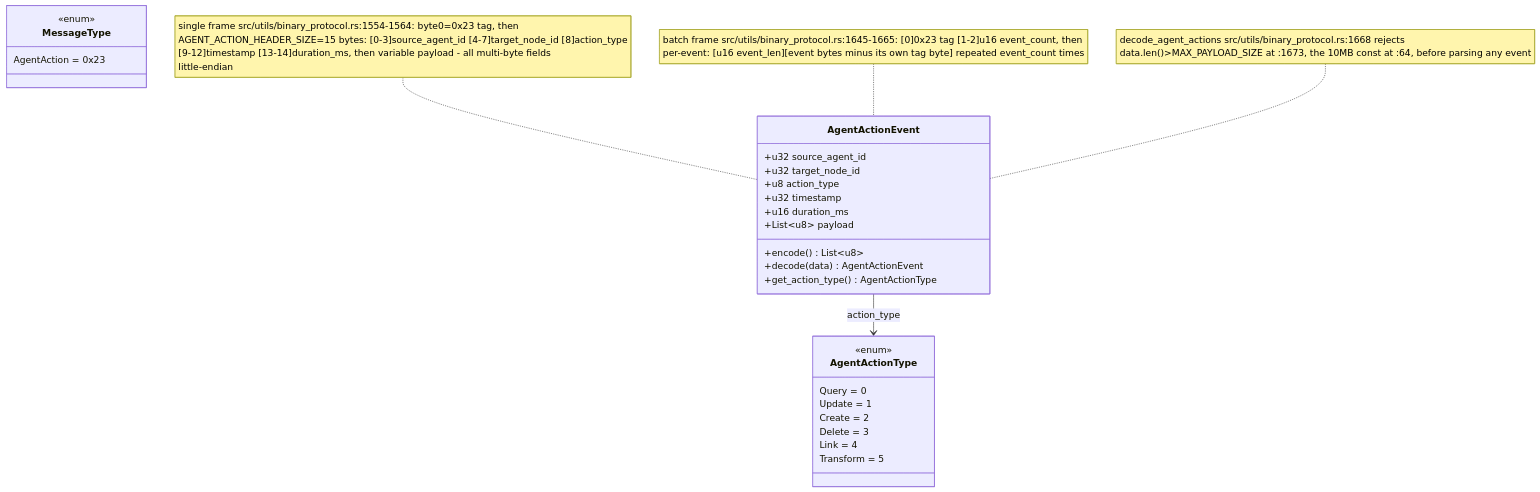
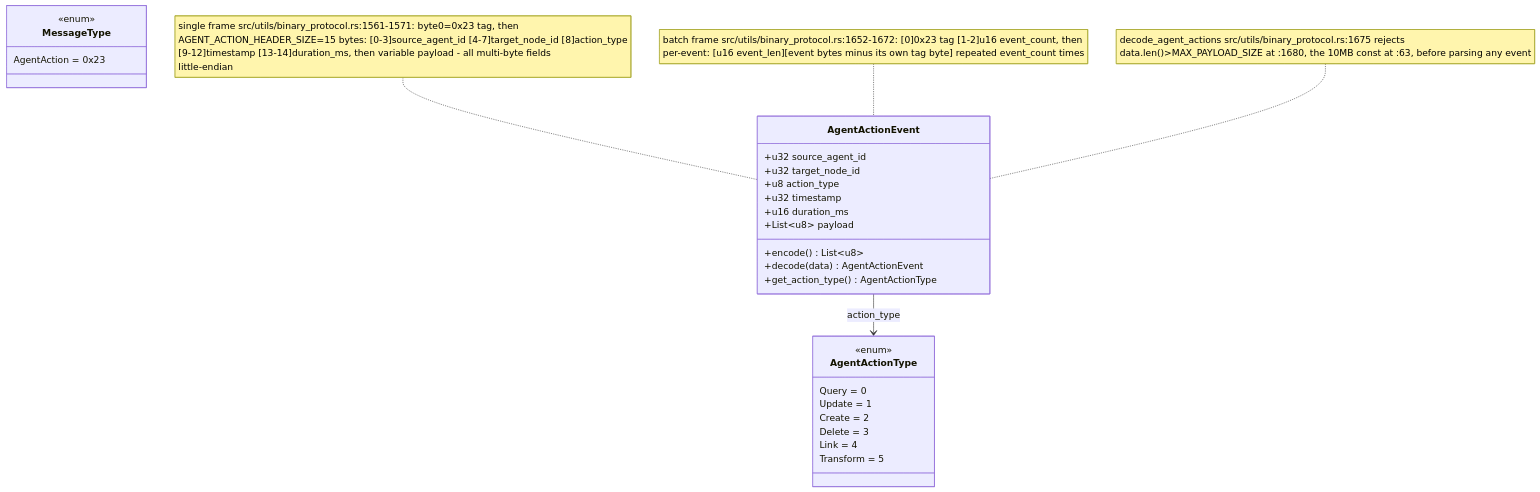
One commit to DreamLab-AI/VisionFlow changed the fifth of 12 diagrams in docs/diagrams/estate/02-agent-events-agentbox-to-visionclaw.md. Above: the diagram before and after it, drawn with Mermaid. The commit also changed other lines of this file and 8 other files, not shown here.

Commit message:
docs(diagrams): multi-MCP discovery is real; re-stamp visionclaw 01/03/05/09/27 and estate/02

````diff
--- a/docs/diagrams/estate/02-agent-events-agentbox-to-visionclaw.md
+++ b/docs/diagrams/estate/02-agent-events-agentbox-to-visionclaw.md
@@ -251,31 +253,31 @@
 ```mermaid
 classDiagram
     class MessageType {
       <<enum>>
       AgentAction = 0x23
     }
     class AgentActionEvent {
       +u32 source_agent_id
       +u32 target_node_id
       +u8 action_type
       +u32 timestamp
       +u16 duration_ms
       +List~u8~ payload
       +encode() List~u8~
       +decode(data) AgentActionEvent
       +get_action_type() AgentActionType
     }
     class AgentActionType {
       <<enum>>
       Query = 0
       Update = 1
       Create = 2
       Delete = 3
       Link = 4
       Transform = 5
     }
     AgentActionEvent --> AgentActionType : action_type
-    note for AgentActionEvent "single frame src/utils/binary_protocol.rs:1554-1564: byte0=0x23 tag, then<br/>AGENT_ACTION_HEADER_SIZE=15 bytes: [0-3]source_agent_id [4-7]target_node_id [8]action_type<br/>[9-12]timestamp [13-14]duration_ms, then variable payload - all multi-byte fields<br/>little-endian"
-    note for AgentActionEvent "batch frame src/utils/binary_protocol.rs:1645-1665: [0]0x23 tag [1-2]u16 event_count, then<br/>per-event: [u16 event_len][event bytes minus its own tag byte] repeated event_count times"
-    note for AgentActionEvent "decode_agent_actions src/utils/binary_protocol.rs:1668 rejects<br/>data.len()>MAX_PAYLOAD_SIZE at :1673, the 10MB const at :64, before parsing any event"
+    note for AgentActionEvent "single frame src/utils/binary_protocol.rs:1561-1571: byte0=0x23 tag, then<br/>AGENT_ACTION_HEADER_SIZE=15 bytes: [0-3]source_agent_id [4-7]target_node_id [8]action_type<br/>[9-12]timestamp [13-14]duration_ms, then variable payload - all multi-byte fields<br/>little-endian"
+    note for AgentActionEvent "batch frame src/utils/binary_protocol.rs:1652-1672: [0]0x23 tag [1-2]u16 event_count, then<br/>per-event: [u16 event_len][event bytes minus its own tag byte] repeated event_count times"
+    note for AgentActionEvent "decode_agent_actions src/utils/binary_protocol.rs:1675 rejects<br/>data.len()>MAX_PAYLOAD_SIZE at :1680, the 10MB const at :63, before parsing any event"
 ```
````
